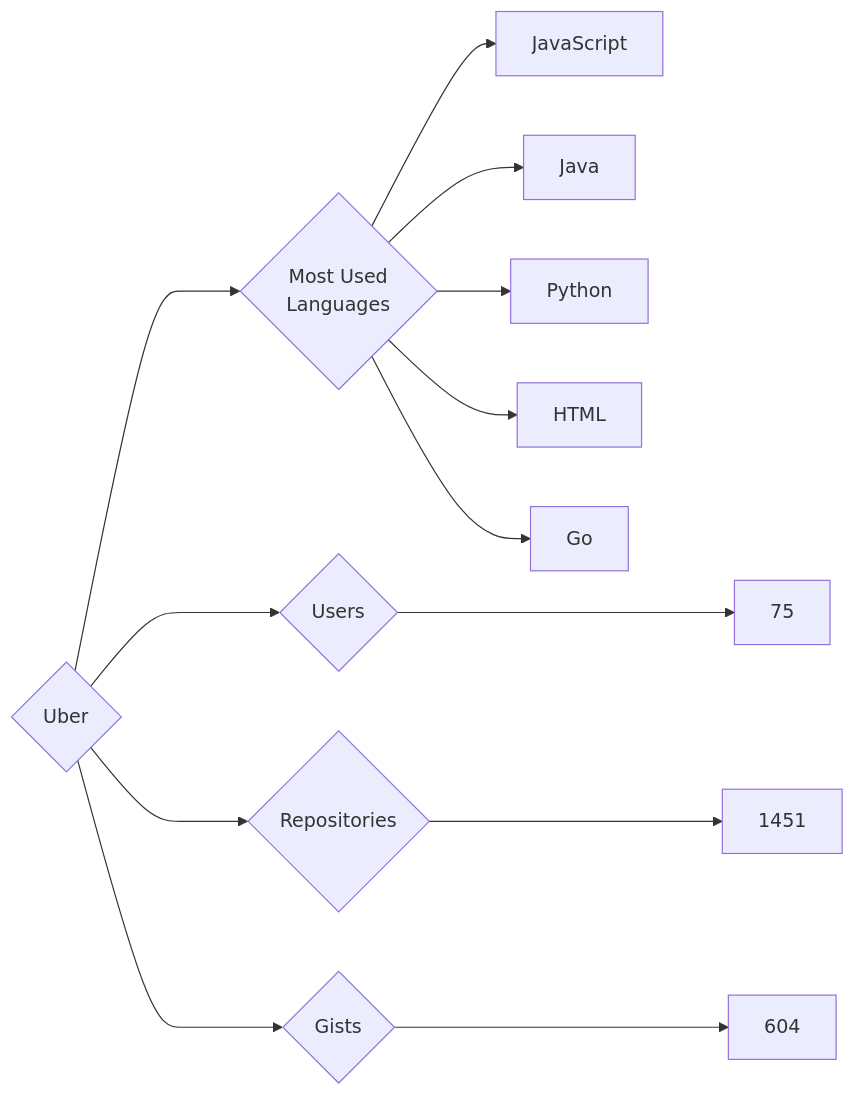
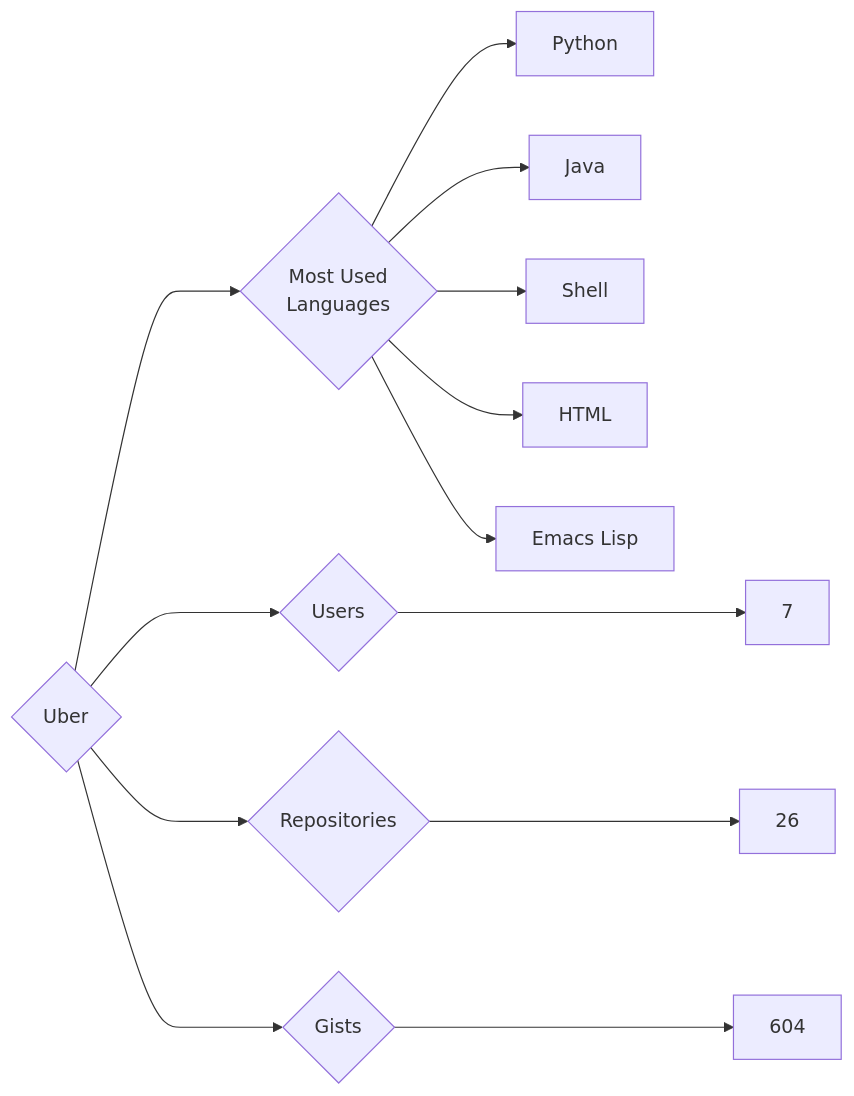
The diagram in targets/Uber/README.md (trickest/insiders), drawn with Mermaid before and after one commit. The commit also changed 1496 other files, not shown here.

````diff
--- a/targets/Uber/README.md
+++ b/targets/Uber/README.md
@@ -3,13 +3,13 @@
 ```mermaid
 graph LR
 COMPANY_NAME{Uber}
-COMPANY_NAME ---> U{Users} ---> UN[75]
-COMPANY_NAME ---> R{Repositories} ---> RN[1451]
+COMPANY_NAME ---> U{Users} ---> UN[7]
+COMPANY_NAME ---> R{Repositories} ---> RN[26]
 COMPANY_NAME ---> G{Gists} ---> GN[604]
 COMPANY_NAME ---> ML{Most Used<br>Languages}
-ML --> JavaScript[JavaScript]
+ML --> Python[Python]
 ML --> Java[Java]
-ML --> Python[Python]
+ML --> Shell[Shell]
 ML --> HTML[HTML]
-ML --> Go[Go]
+ML --> Emacs_Lisp[Emacs Lisp]
 ```
````
